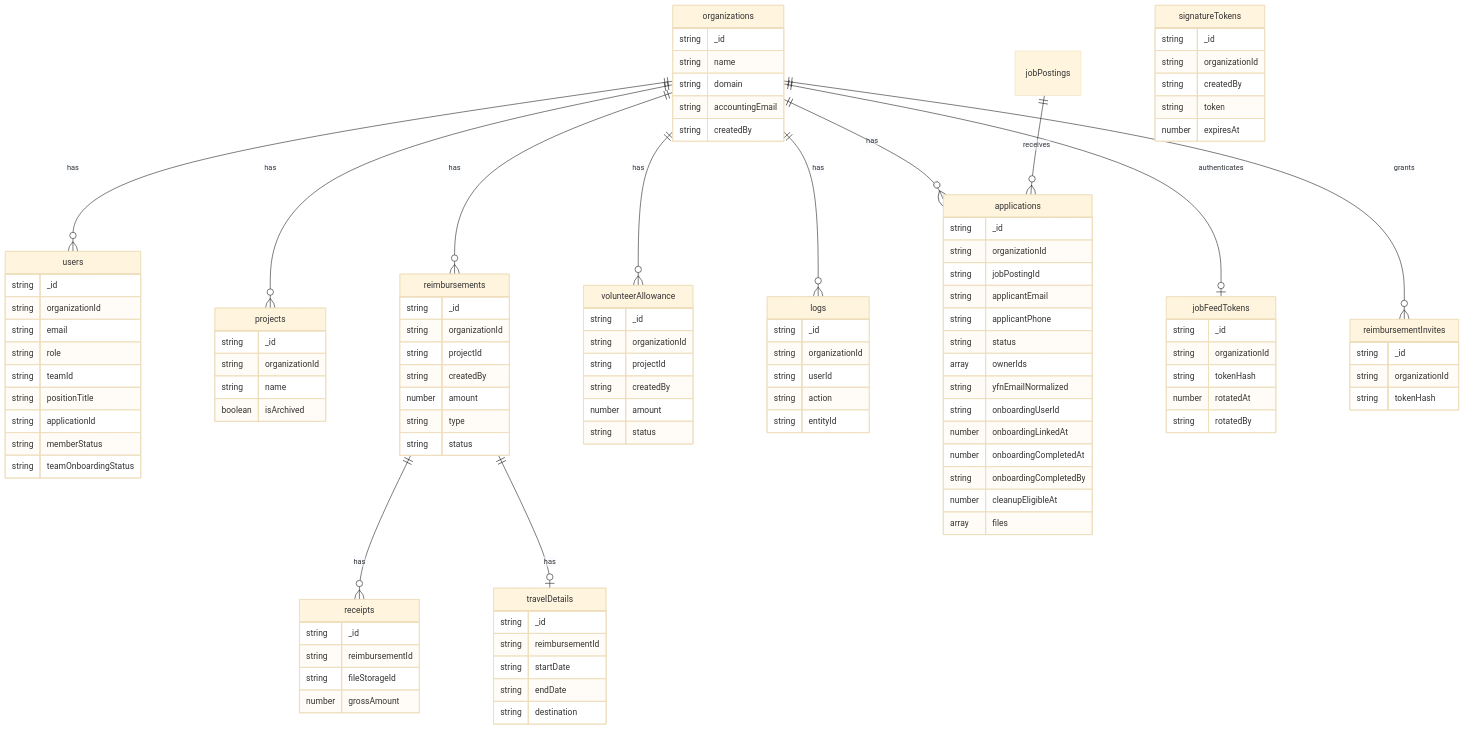
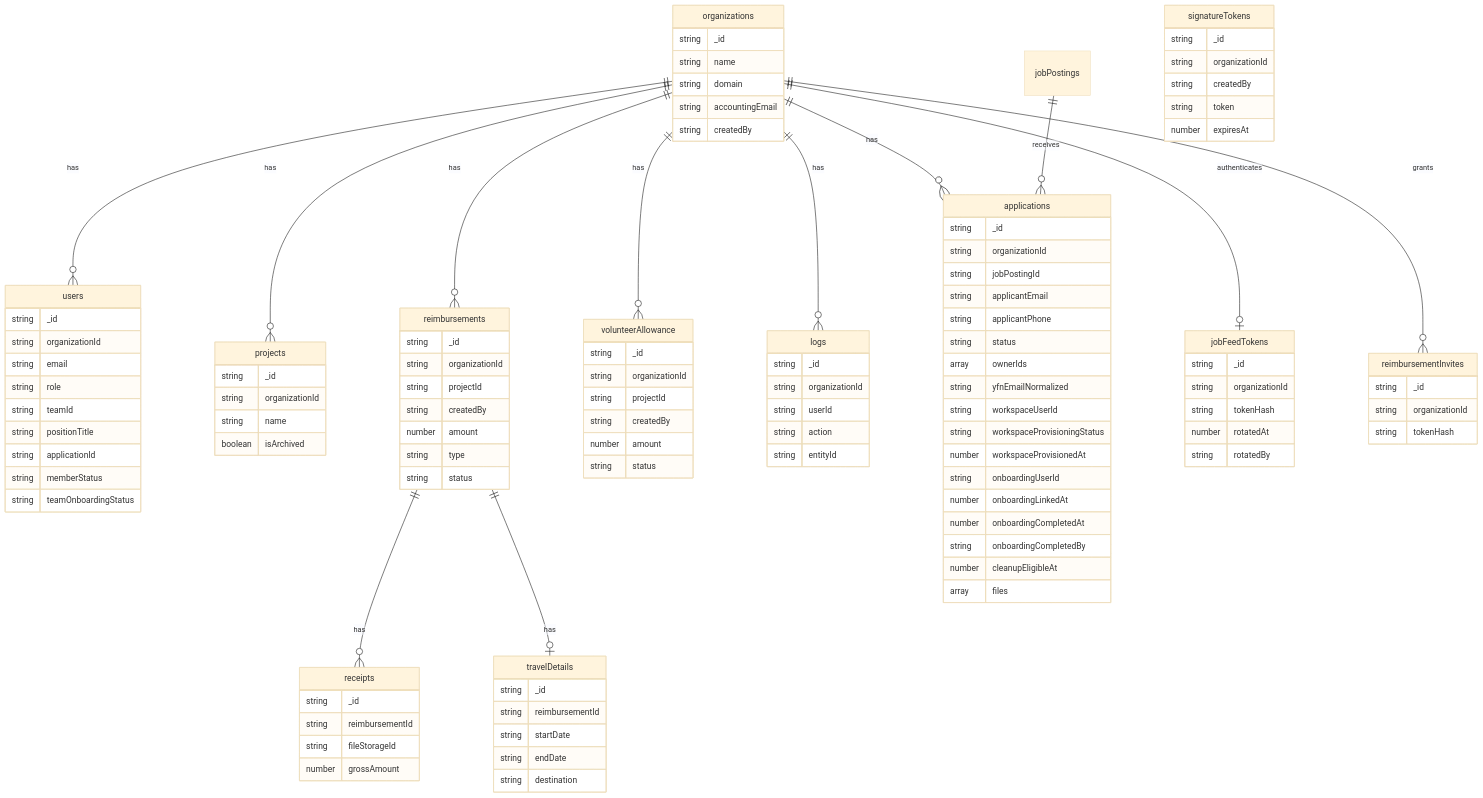
The diagram in docs/schema.md (yfndev/ybase), drawn with Mermaid (base theme) before and after one commit. The commit also changed other lines of this file and 24 other files, not shown here.

```diff
--- a/docs/schema.md
+++ b/docs/schema.md
@@ -110,6 +110,9 @@
         string status
         array ownerIds
         string yfnEmailNormalized
+        string workspaceUserId
+        string workspaceProvisioningStatus
+        number workspaceProvisionedAt
         string onboardingUserId
         number onboardingLinkedAt
         number onboardingCompletedAt
```
